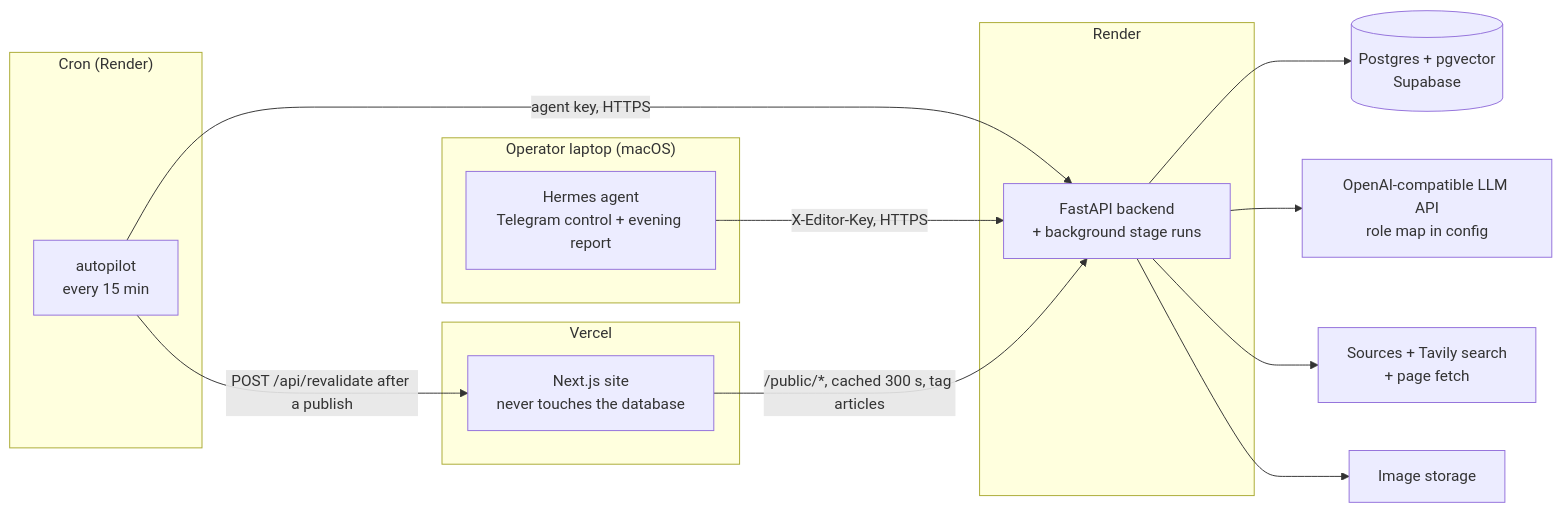
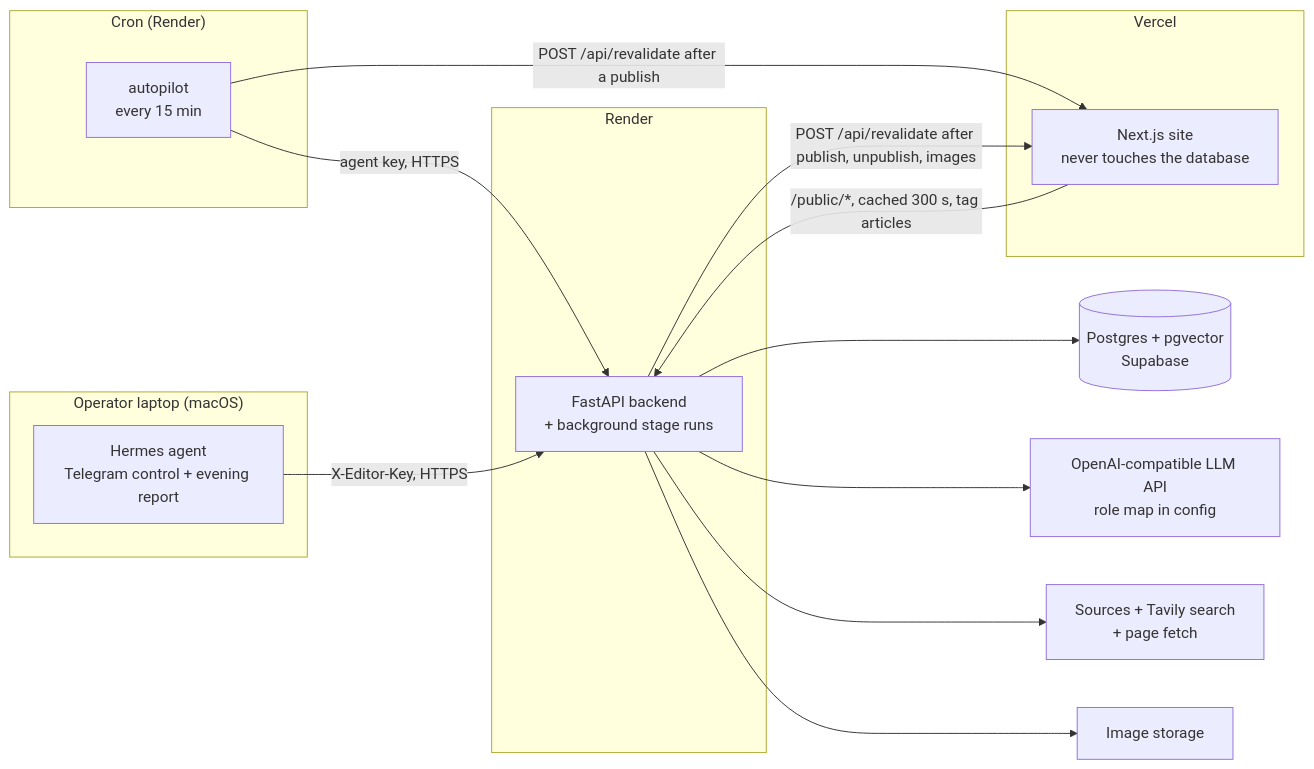
The first of 2 diagrams in ARCHITECTURE.md (suraj-shrivastav/signalforge), drawn with Mermaid before and after one commit. The commit also changed other lines of this file and 9 other files, not shown here.

First line of the commit message:
fix: API expires the website cache after publish, unpublish and images (#165)

````diff
--- a/ARCHITECTURE.md
+++ b/ARCHITECTURE.md
@@ -7,23 +7,24 @@
 ```mermaid
 flowchart LR
     subgraph Laptop["Operator laptop (macOS)"]
         H["Hermes agent<br/>Telegram control + evening report"]
     end
     subgraph Cron["Cron (Render)"]
         AP["autopilot<br/>every 15 min"]
     end
     AP -->|"agent key, HTTPS"| API
     H -->|"X-Editor-Key, HTTPS"| API
     subgraph Render["Render"]
         API["FastAPI backend<br/>+ background stage runs"]
     end
     API --> DB[("Postgres + pgvector<br/>Supabase")]
     API --> LLM["OpenAI-compatible LLM API<br/>role map in config"]
     API --> SRC["Sources + Tavily search<br/>+ page fetch"]
     API --> ST["Image storage"]
     subgraph Vercel["Vercel"]
         WEB["Next.js site<br/>never touches the database"]
     end
     WEB -->|"/public/*, cached 300 s, tag articles"| API
     AP -->|"POST /api/revalidate after a publish"| WEB
+    API -->|"POST /api/revalidate after publish, unpublish, images"| WEB
 ```
````
